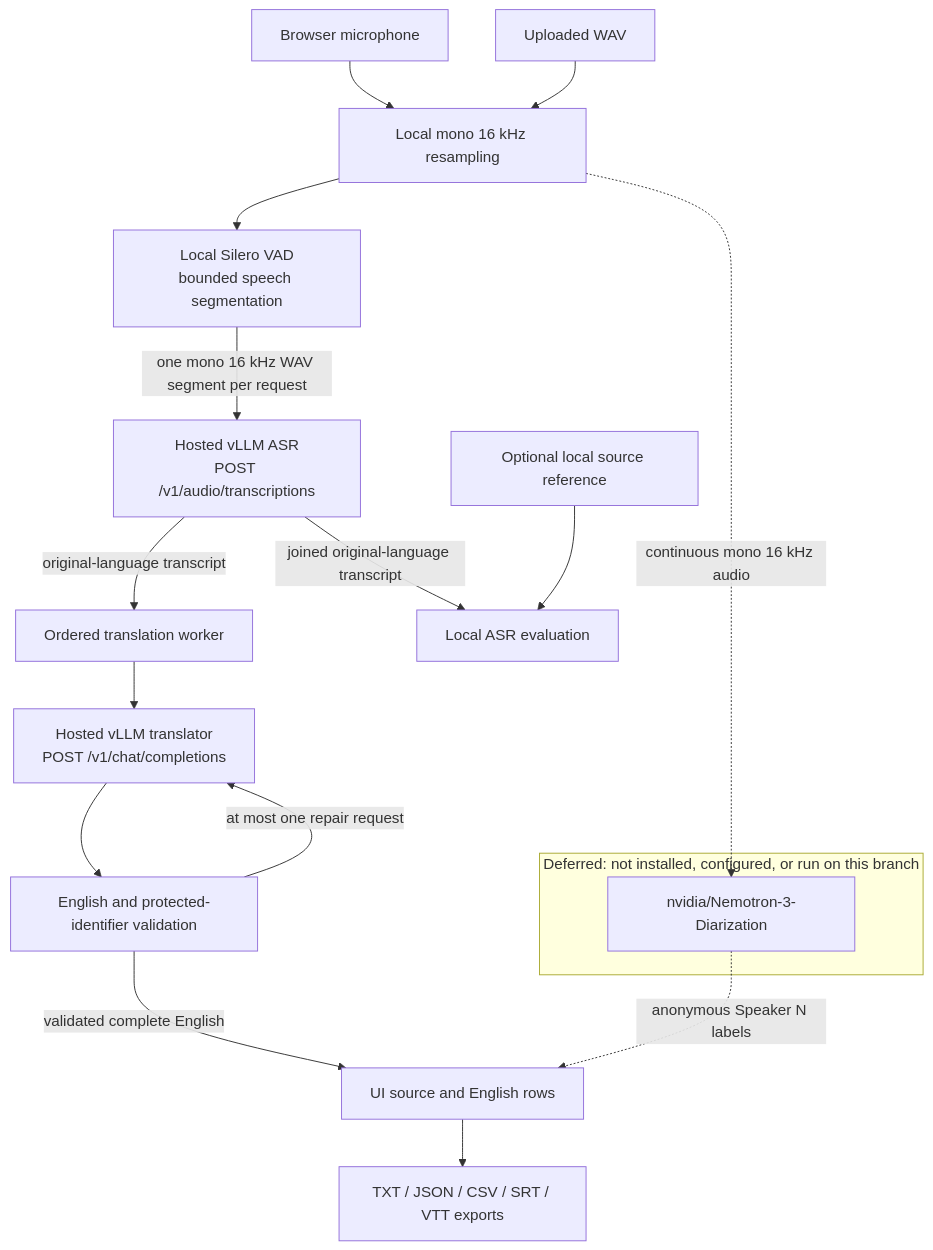
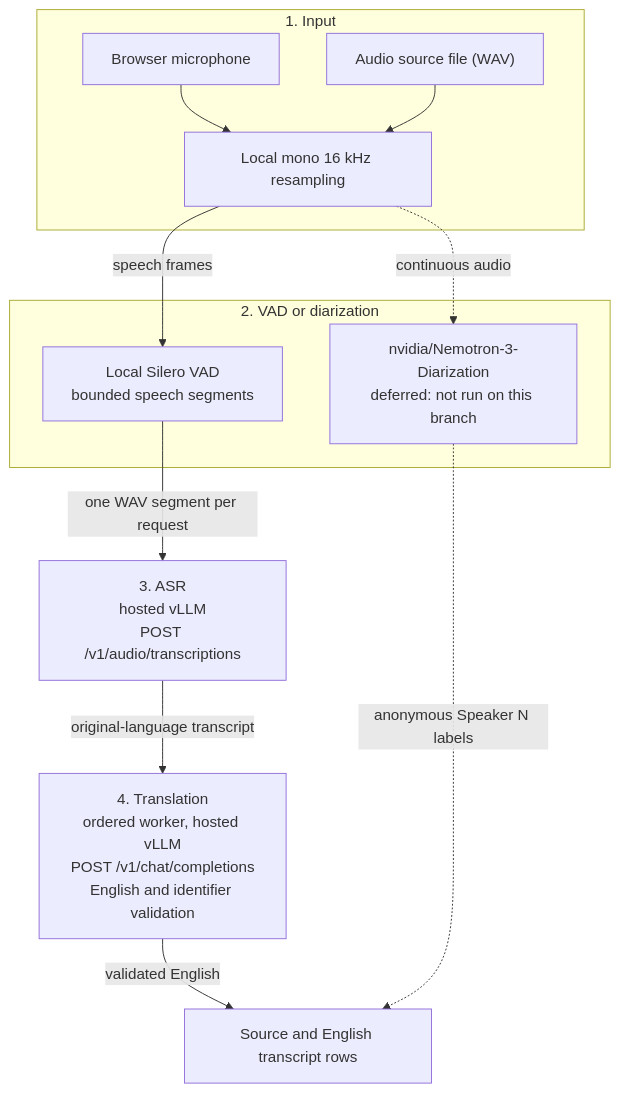
The diagram in README.md (Francisco-Reveriano/ASR_Modeling), drawn with Mermaid before and after one commit. The commit also changed other lines of this file, not shown here.

Commit message:
Simplify end-to-end flowchart to production stages
Show input, VAD or deferred diarization, ASR, and translation only; drop evaluation and export nodes.

````diff
--- a/README.md
+++ b/README.md
@@ -18,21 +19,27 @@
 ```mermaid
 flowchart TD
-    mic["Browser microphone"] --> resample["Local mono 16 kHz resampling"]
-    wav["Uploaded WAV"] --> resample
-    resample --> vad["Local Silero VAD<br/>bounded speech segmentation"]
-    vad -->|"one mono 16 kHz WAV segment per request"| asr["Hosted vLLM ASR<br/>POST /v1/audio/transcriptions"]
-    asr -->|"original-language transcript"| worker["Ordered translation worker"]
-    worker --> translator["Hosted vLLM translator<br/>POST /v1/chat/completions"]
-    translator --> validate["English and protected-identifier validation"]
-    validate -->|"at most one repair request"| translator
-    validate -->|"validated complete English"| rows["UI source and English rows"]
-    rows --> exports["TXT / JSON / CSV / SRT / VTT exports"]
-    ref["Optional local source reference"] --> evaluation["Local ASR evaluation"]
-    asr -->|"joined original-language transcript"| evaluation
+    subgraph input["1. Input"]
+        mic["Browser microphone"]
+        file["Audio source file (WAV)"]
+        resample["Local mono 16 kHz resampling"]
+    end
+    mic --> resample
+    file --> resample
 
-    subgraph deferred["Deferred: not installed, configured, or run on this branch"]
-        diarization["nvidia/Nemotron-3-Diarization"]
+    subgraph segmentation["2. VAD or diarization"]
+        vad["Local Silero VAD<br/>bounded speech segments"]
+        diarization["nvidia/Nemotron-3-Diarization<br/>deferred: not run on this branch"]
     end
-    resample -.->|"continuous mono 16 kHz audio"| diarization
+    resample -->|"speech frames"| vad
+    resample -.->|"continuous audio"| diarization
+
+    asr["3. ASR<br/>hosted vLLM<br/>POST /v1/audio/transcriptions"]
+    vad -->|"one WAV segment per request"| asr
+
+    translation["4. Translation<br/>ordered worker, hosted vLLM<br/>POST /v1/chat/completions<br/>English and identifier validation"]
+    asr -->|"original-language transcript"| translation
+
+    rows["Source and English transcript rows"]
+    translation -->|"validated English"| rows
     diarization -.->|"anonymous Speaker N labels"| rows
 ```
````
